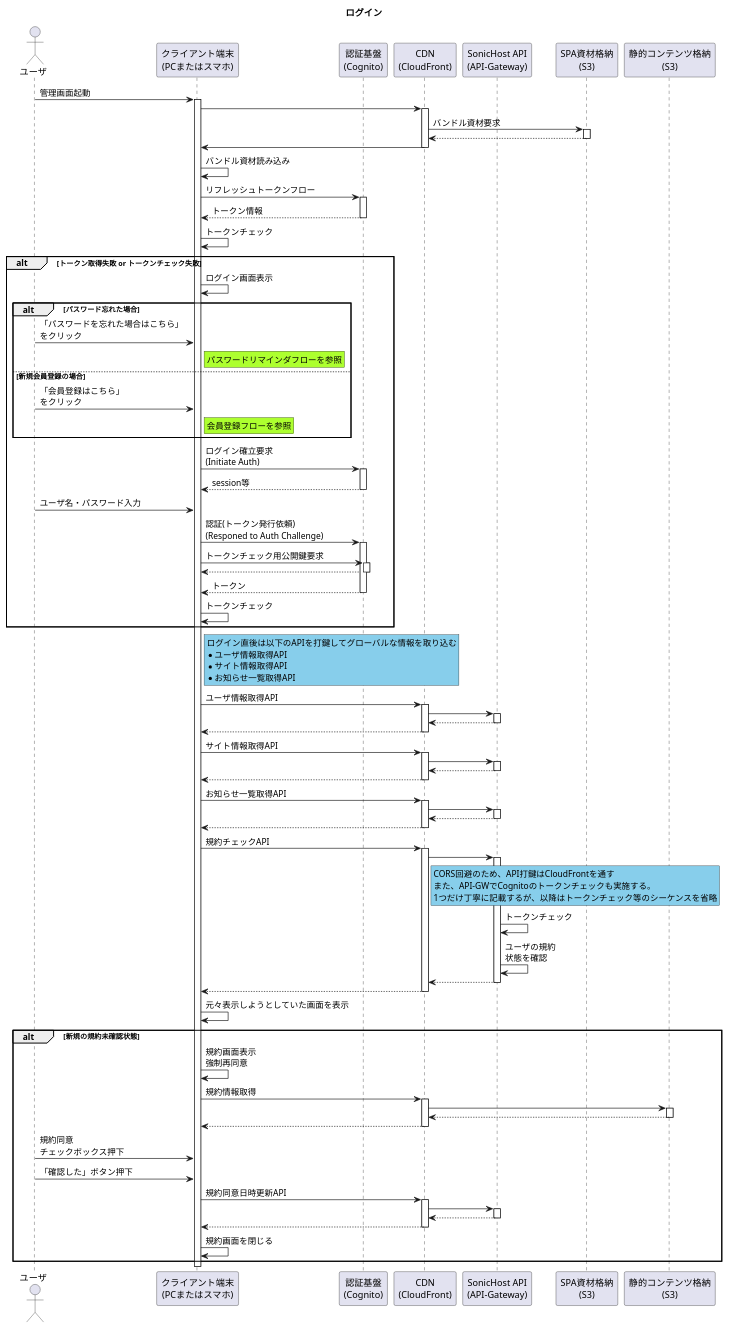
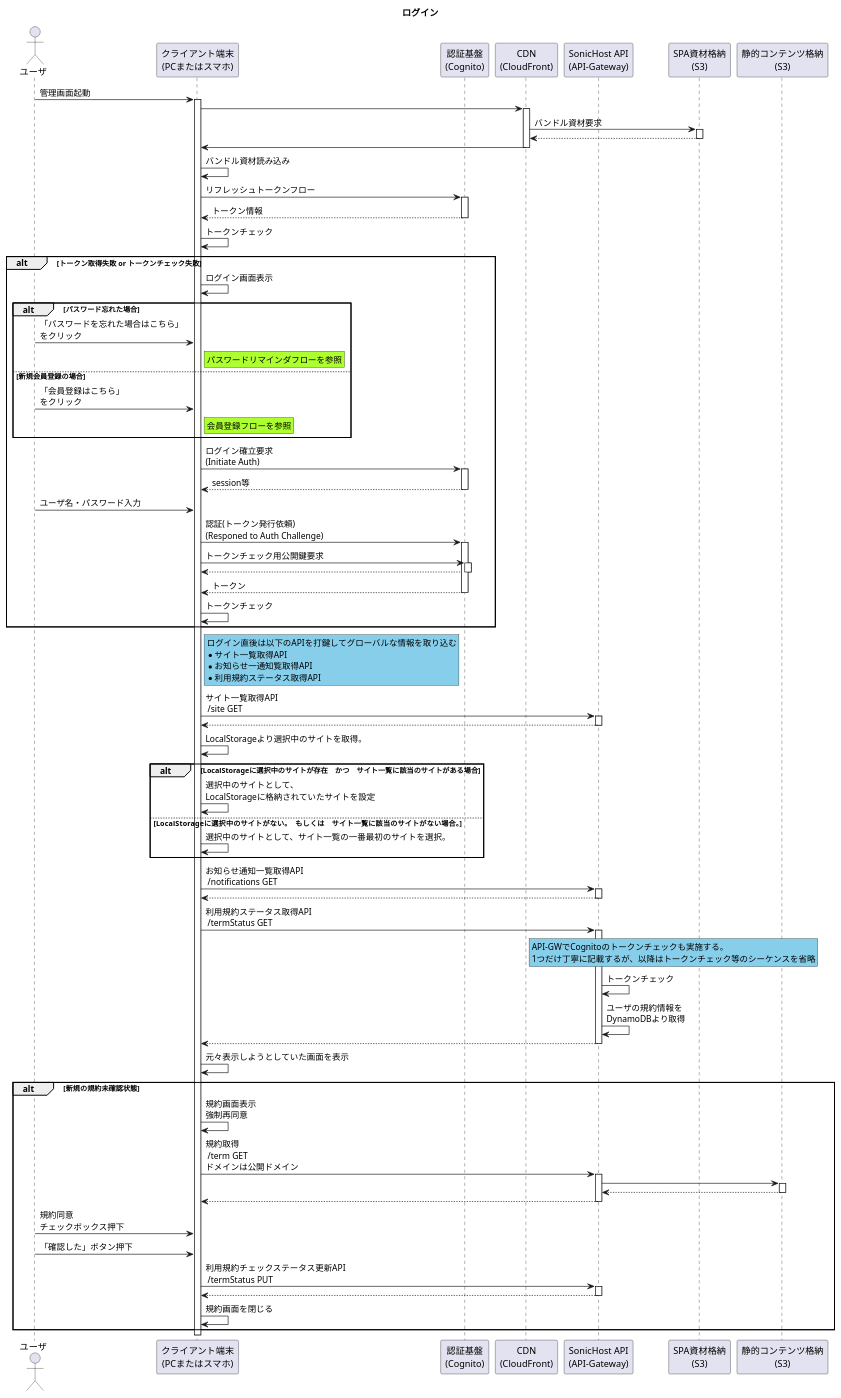
One commit to Sonic-Host/documents changed the diagram in 01_Sequences/00_Authentication/00_Login_Flow/LoginFlow.pu. Above: the diagram before and after it, drawn with PlantUML. The commit also changed 8 other files, not shown here.

```diff
--- a/01_Sequences/00_Authentication/00_Login_Flow/LoginFlow.pu
+++ b/01_Sequences/00_Authentication/00_Login_Flow/LoginFlow.pu
@@ -1,96 +1,89 @@
 @startuml ログイン
 title ログイン
 
 
 ' アクター定義
 actor "ユーザ" as user
 participant "クライアント端末\n(PCまたはスマホ)" as device
 participant "認証基盤\n(Cognito)" as cognito
 participant "CDN\n(CloudFront)" as cdn
 participant "SonicHost API\n(API-Gateway)" as api
 participant "SPA資材格納\n(S3)" as spa
 participant "静的コンテンツ格納\n(S3)" as static
 
 ' 起動
 user -> device ++ : 管理画面起動
 device -> cdn ++
 cdn -> spa ++ : バンドル資材要求
 cdn <-- spa --
 device <- cdn --
 device ->device : バンドル資材読み込み
 device -> cognito ++ :  リフレッシュトークンフロー
 device <-- cognito -- : トークン情報
 device -> device : トークンチェック
 ' トークンチェック
 alt トークン取得失敗 or トークンチェック失敗
     device -> device : ログイン画面表示
     alt パスワード忘れた場合
         user -> device : 「パスワードを忘れた場合はこちら」\nをクリック
         rnote right of device #GreenYellow
             パスワードリマインダフローを参照
         end note
     else 新規会員登録の場合
         user -> device: 「会員登録はこちら」\nをクリック
         rnote right of device #GreenYellow
             会員登録フローを参照
         end note
     end 
     device -> cognito ++ : ログイン確立要求\n(Initiate Auth)
     device <-- cognito -- : session等
     user -> device : ユーザ名・パスワード入力
     device -> cognito ++ : 認証(トークン発行依頼)\n(Responed to Auth Challenge)
     device -> cognito ++ : トークンチェック用公開鍵要求
     device <-- cognito --
     device <-- cognito -- : トークン
     device -> device : トークンチェック
 end 
 ' 規約確認
 rnote right of device #SkyBlue
     ログイン直後は以下のAPIを打鍵してグローバルな情報を取り込む
-    * ユーザ情報取得API
-    * サイト情報取得API
-    * お知らせ一覧取得API
+    * サイト一覧取得API
+    * お知らせ一通知覧取得API
+    * 利用規約ステータス取得API
 end note 
-device -> cdn ++ : ユーザ情報取得API
-cdn -> api ++ 
-cdn <-- api --
-device <-- cdn --
-device -> cdn ++ : サイト情報取得API
-cdn -> api ++
-cdn <-- api --
-device <-- cdn --
-device -> cdn ++ : お知らせ一覧取得API
-cdn -> api ++ 
-cdn <-- api --
-device <-- cdn -- 
-device -> cdn ++ : 規約チェックAPI
-cdn -> api ++
+device -> api ++ : サイト一覧取得API \n /site GET
+device <-- api --
+device -> device : LocalStorageより選択中のサイトを取得。
+alt LocalStorageに選択中のサイトが存在　かつ　サイト一覧に該当のサイトがある場合
+    device -> device : 選択中のサイトとして、\nLocalStorageに格納されていたサイトを設定
+else LocalStorageに選択中のサイトがない。　もしくは　サイト一覧に該当のサイトがない場合。
+    device -> device : 選択中のサイトとして、サイト一覧の一番最初のサイトを選択。
+end
+device -> api ++ : お知らせ通知一覧取得API \n /notifications GET
+device <-- api -- 
+device -> api ++ : 利用規約ステータス取得API \n /termStatus GET
 rnote right of cdn #SkyBlue
-    CORS回避のため、API打鍵はCloudFrontを通す
-    また、API-GWでCognitoのトークンチェックも実施する。
+    API-GWでCognitoのトークンチェックも実施する。
     1つだけ丁寧に記載するが、以降はトークンチェック等のシーケンスを省略
 end note
 api -> api : トークンチェック
-api -> api : ユーザの規約\n状態を確認
-cdn <-- api --
-device <-- cdn --
+api -> api : ユーザの規約情報を\nDynamoDBより取得
+device <-- api --
 device -> device : 元々表示しようとしていた画面を表示
 alt 新規の規約未確認状態
     device -> device : 規約画面表示\n強制再同意
-    device -> cdn ++ : 規約情報取得
-    cdn -> static ++ 
-    cdn <-- static --
-    device <-- cdn --
+    device -> api ++ : 規約取得 \n /term GET \nドメインは公開ドメイン
+    api -> static ++ 
+    api <-- static --
+    device <-- api --
     user -> device : 規約同意\nチェックボックス押下
     user -> device : 「確認した」ボタン押下
-    device -> cdn ++ : 規約同意日時更新API
-    cdn -> api ++ 
-    cdn <-- api --
-    device <-- cdn --
+    device -> api ++ : 利用規約チェックステータス更新API \n /termStatus PUT
+    device <-- api --
     device -> device : 規約画面を閉じる
 end
 
 
 
 
 @enduml
```
